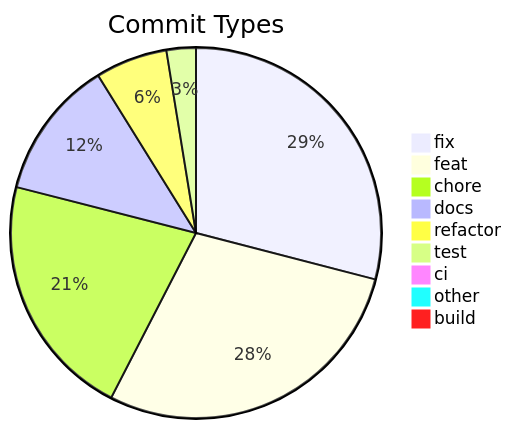
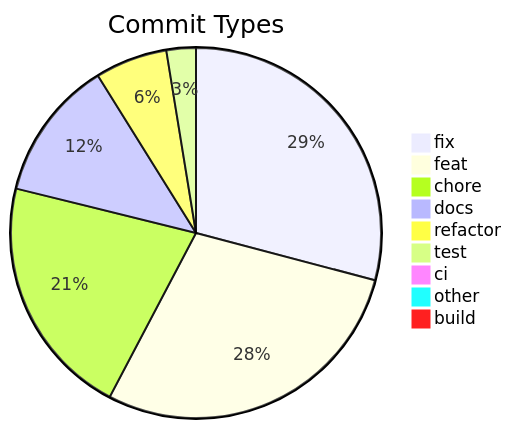
Before and after one commit to svenroth-ai/shipwright: the diagram in .shipwright/compliance/change-history.md, drawn with Mermaid. The commit also changed other lines of this file and 16 other files, not shown here.

````diff
--- a/.shipwright/compliance/change-history.md
+++ b/.shipwright/compliance/change-history.md
@@ -10,12 +10,12 @@
 ```mermaid
 pie title Commit Types
     "fix" : 351
     "feat" : 345
-    "chore" : 259
-    "docs" : 147
+    "chore" : 255
+    "docs" : 148
     "refactor" : 76
     "test" : 31
     "ci" : 11
     "other" : 9
     "build" : 1
 ```
````
